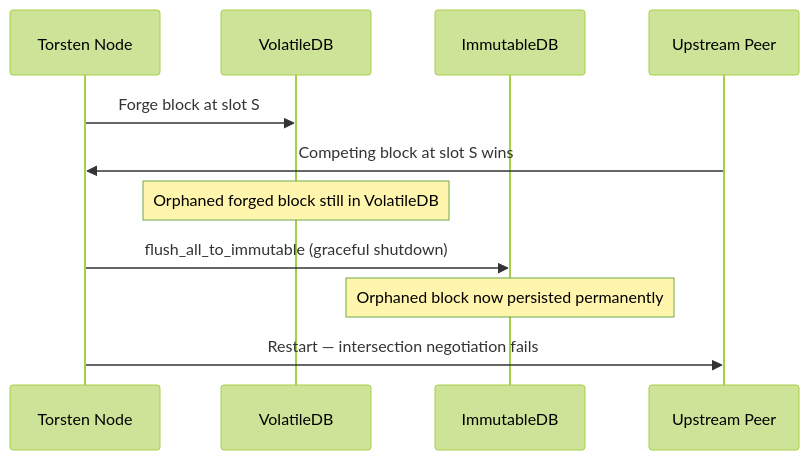
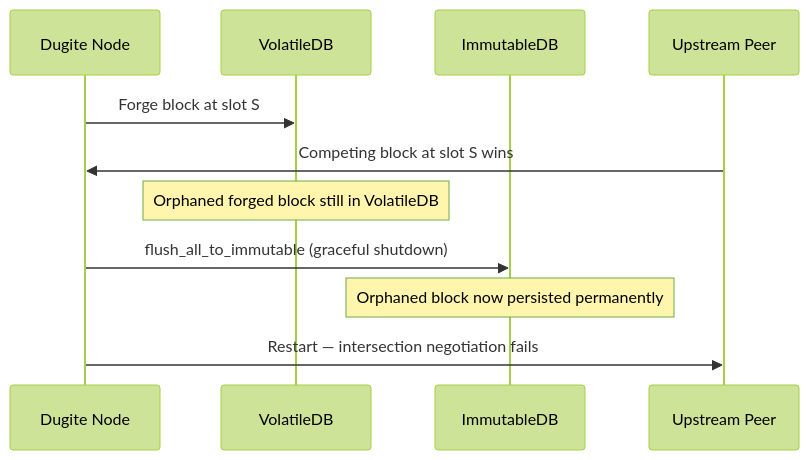
The second of 2 diagrams in docs/src/architecture/storage.md (michaeljfazio/torsten), drawn with Mermaid (forest theme) before and after one commit. The commit also changed other lines of this file and 653 other files, not shown here.

First line of the commit message:
rename: torsten -> dugite across entire codebase

````diff
--- a/docs/src/architecture/storage.md
+++ b/docs/src/architecture/storage.md
@@ -179,14 +179,14 @@
 ```mermaid
 sequenceDiagram
-    participant Node as Torsten Node
+    participant Node as Dugite Node
     participant Vol as VolatileDB
     participant Imm as ImmutableDB
     participant Peer as Upstream Peer
 
     Node->>Vol: Forge block at slot S
     Peer->>Node: Competing block at slot S wins
     Note over Vol: Orphaned forged block still in VolatileDB
     Node->>Imm: flush_all_to_immutable (graceful shutdown)
     Note over Imm: Orphaned block now persisted permanently
     Node->>Peer: Restart — intersection negotiation fails
 ```
````
